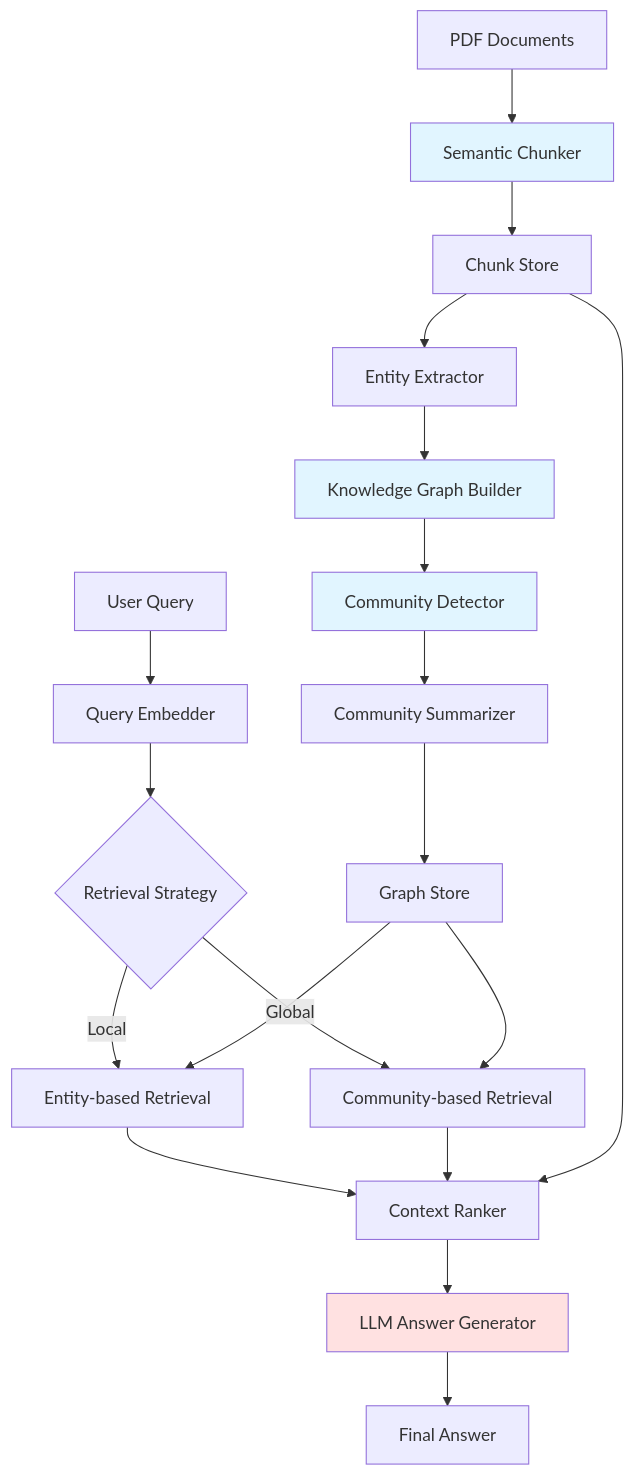
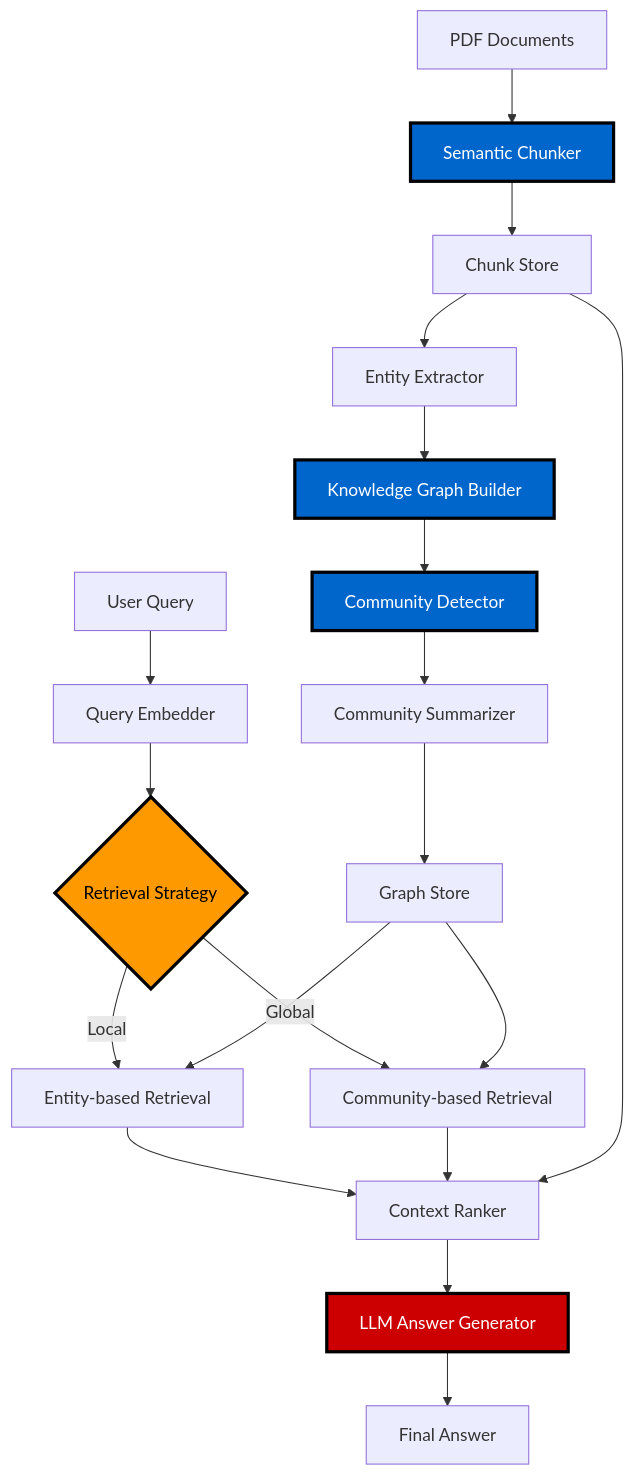
The diagram in README.md (ansh0014/Ambedkargpt-1), drawn with Mermaid before and after one commit.

````diff
--- a/README.md
+++ b/README.md
@@ -11,30 +11,31 @@
 ```mermaid
 graph TB
     A[PDF Documents] --> B[Semantic Chunker]
     B --> C[Chunk Store]
     C --> D[Entity Extractor]
     D --> E[Knowledge Graph Builder]
     E --> F[Community Detector]
     F --> G[Community Summarizer]
     G --> H[Graph Store]
     
     I[User Query] --> J[Query Embedder]
     J --> K{Retrieval Strategy}
     
     K -->|Local| L[Entity-based Retrieval]
     K -->|Global| M[Community-based Retrieval]
     
     L --> N[Context Ranker]
     M --> N
     H --> L
     H --> M
     C --> N
     
     N --> O[LLM Answer Generator]
     O --> P[Final Answer]
     
-    style B fill:#e1f5ff
-    style E fill:#e1f5ff
-    style F fill:#e1f5ff
-    style O fill:#ffe1e1
+    style B fill:#0066cc,stroke:#000,stroke-width:3px,color:#fff
+    style E fill:#0066cc,stroke:#000,stroke-width:3px,color:#fff
+    style F fill:#0066cc,stroke:#000,stroke-width:3px,color:#fff
+    style O fill:#cc0000,stroke:#000,stroke-width:3px,color:#fff
+    style K fill:#ff9900,stroke:#000,stroke-width:3px,color:#000
 ```
````
